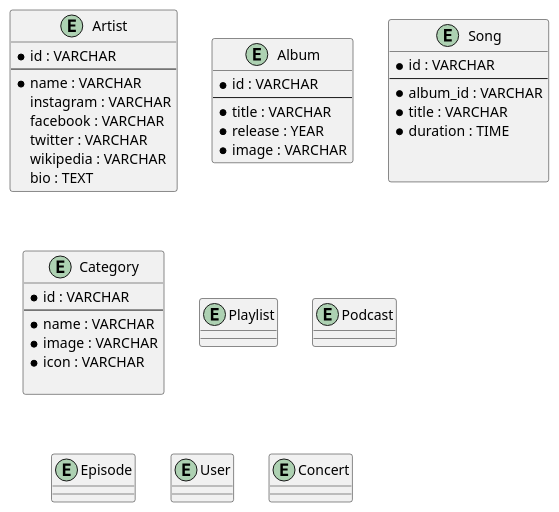
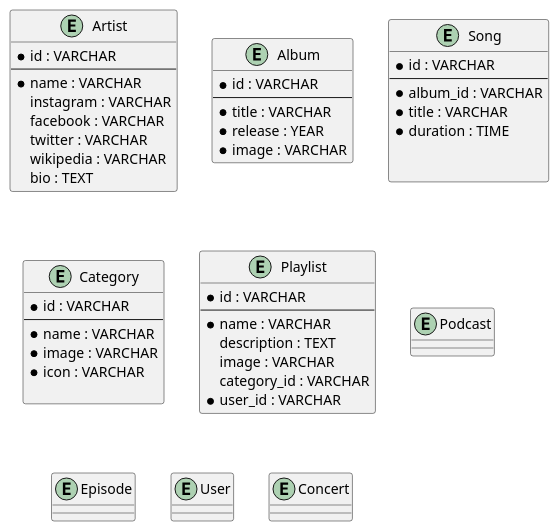
One commit to hanifiamdev/plantUML changed the diagram in spotify.puml. Above: the diagram before and after it, drawn with PlantUML.

Commit message:
Menentukan Attribute Entity Playlist

```diff
--- a/spotify.puml
+++ b/spotify.puml
@@ -1,61 +1,67 @@
 @startuml
 entity Artist {
     * id : VARCHAR
     --
     * name : VARCHAR
     instagram : VARCHAR
     facebook : VARCHAR
     twitter : VARCHAR
     wikipedia : VARCHAR
     bio : TEXT
 }
 
 entity Album {
     * id : VARCHAR
     --
     * title : VARCHAR
     * release : YEAR
     * image : VARCHAR
 }
 
 entity Song {
     * id : VARCHAR
     --
     * album_id : VARCHAR
     * title : VARCHAR
     * duration : TIME
 
 
 }
 
 entity Category {
     * id : VARCHAR
     --
     * name : VARCHAR
     * image : VARCHAR
     * icon : VARCHAR
 
 }
 
 entity Playlist {
-
+    * id : VARCHAR
+    --
+    * name : VARCHAR
+    description : TEXT
+    image : VARCHAR
+    category_id : VARCHAR
+    * user_id : VARCHAR
 }
 
 entity Podcast {
 
 }
 
 entity Episode {
 
 }
 
 entity User {
 
 }
 
 entity Concert {
 
 }
 
 
 @enduml
```
